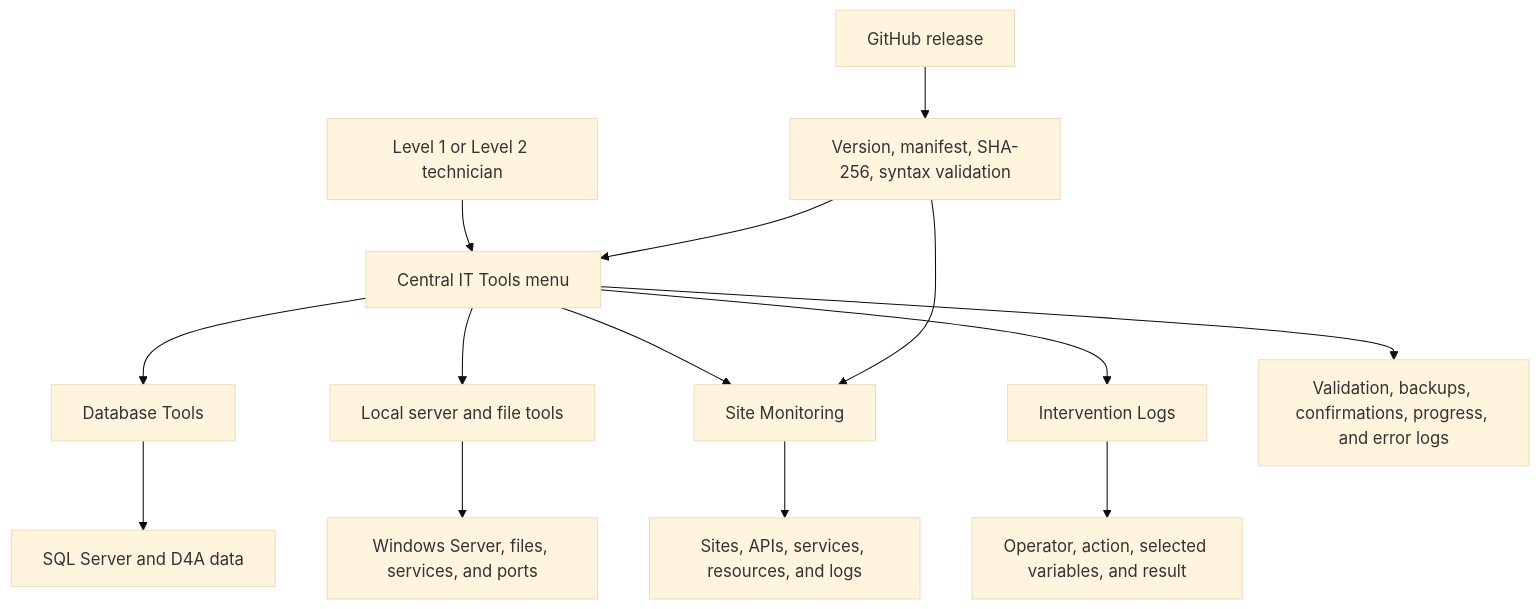
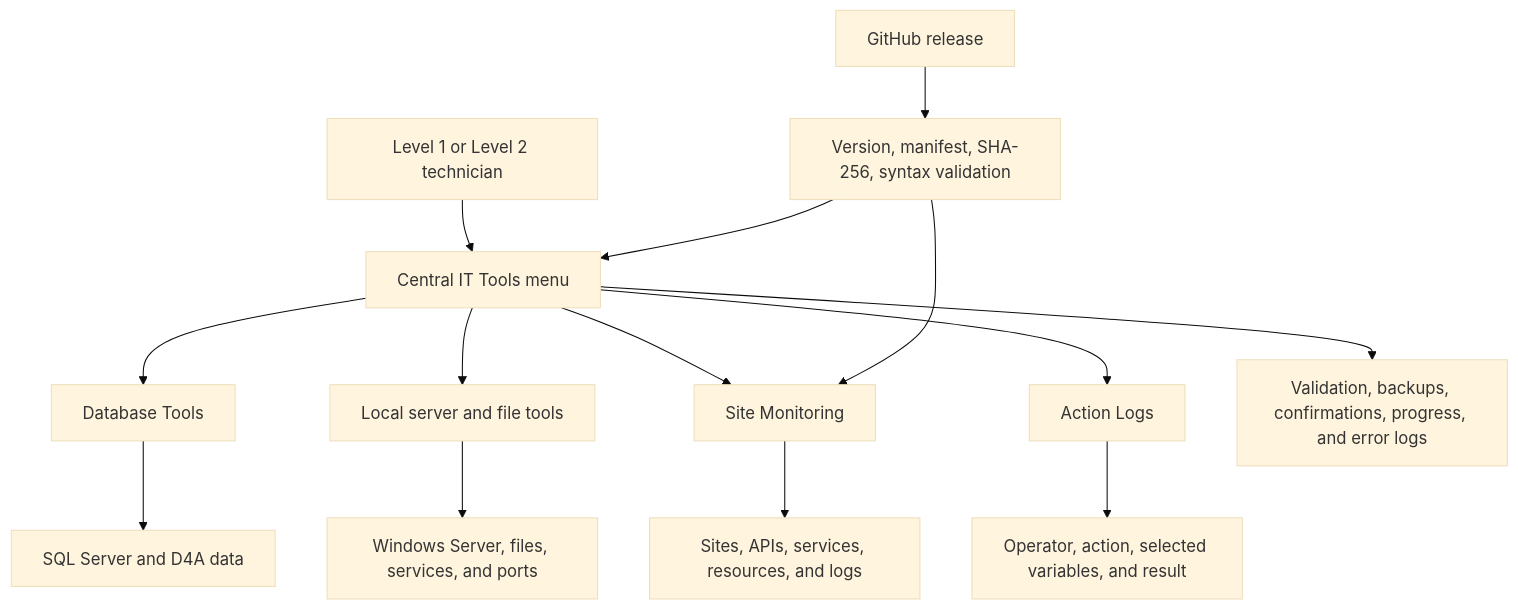
The first of 2 diagrams in docs/01-project-overview.md (Khaled-barbar/IT_Tools_DB_Management_Server_Tools), drawn with Mermaid (base theme) before and after one commit. The commit also changed other lines of this file and 8 other files, not shown here.

````diff
--- a/docs/01-project-overview.md
+++ b/docs/01-project-overview.md
@@ -96,16 +96,16 @@
 ```mermaid
 flowchart TD
     User["Level 1 or Level 2 technician"] --> Main["Central IT Tools menu"]
     Main --> DB["Database Tools"]
     Main --> Server["Local server and file tools"]
     Main --> Monitor["Site Monitoring"]
-    Main --> Logs["Intervention Logs"]
+    Main --> Logs["Action Logs"]
     DB --> SQL["SQL Server and D4A data"]
     Server --> Windows["Windows Server, files, services, and ports"]
     Monitor --> Checks["Sites, APIs, services, resources, and logs"]
     Main --> Safety["Validation, backups, confirmations, progress, and error logs"]
     Logs --> Audit["Operator, action, selected variables, and result"]
     Repo["GitHub release"] --> Update["Version, manifest, SHA-256, syntax validation"]
     Update --> Main
     Update --> Monitor
 ```
````
